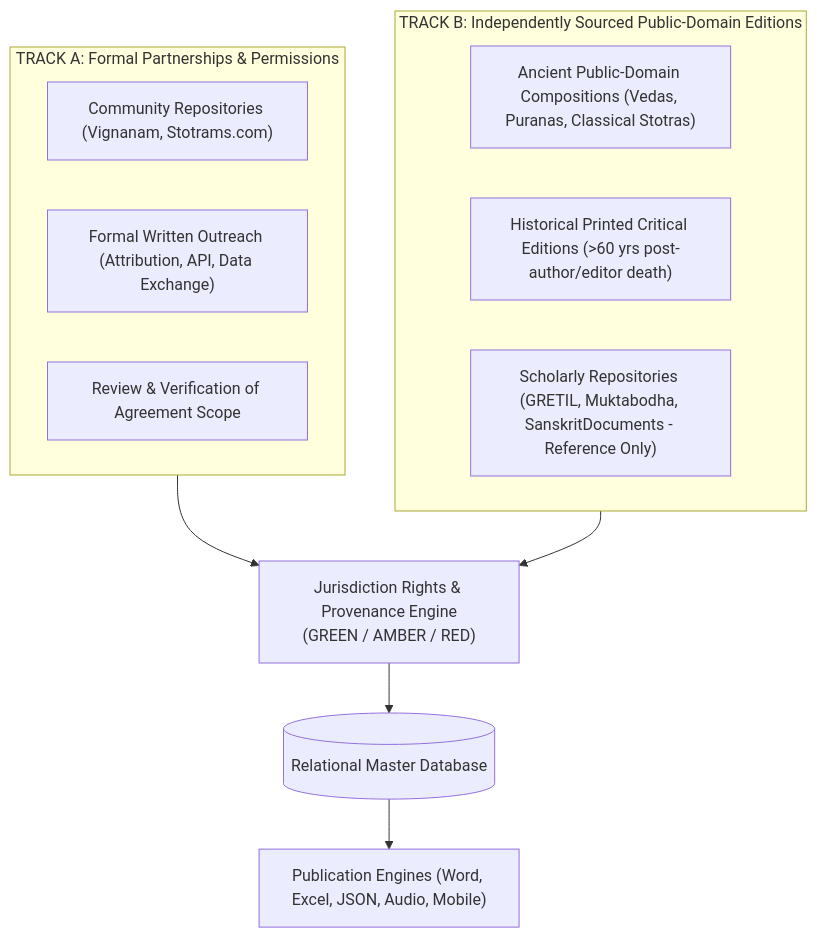
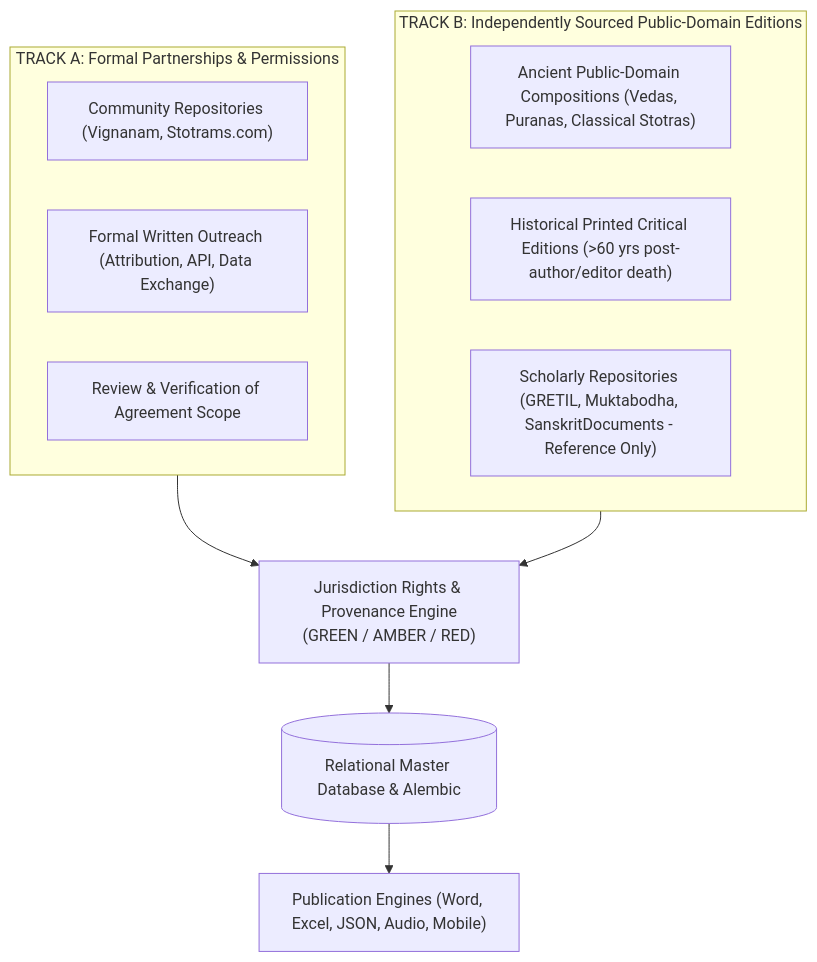
One commit to thegr8gv1/vedam changed the first of 2 diagrams in documentation/project_roadmap/MASTER_PLAN.md. Above: the diagram before and after it, drawn with Mermaid. The commit also changed other lines of this file and 23 other files, not shown here.

Commit message:
Complete Phase 3: Database maturity with Alembic & backups, 77-composition master devotional discovery catalog, 7-layer provenance register, QA engine with 12 lifecycle stages, multilingual/Tamil analysis, batch ingestion engine, and 45 automated tests

````diff
--- a/documentation/project_roadmap/MASTER_PLAN.md
+++ b/documentation/project_roadmap/MASTER_PLAN.md
@@ -37,17 +37,17 @@
 ```mermaid
 flowchart TD
     subgraph TrackA ["TRACK A: Formal Partnerships & Permissions"]
         A1["Community Repositories (Vignanam, Stotrams.com)"]
         A2["Formal Written Outreach (Attribution, API, Data Exchange)"]
         A3["Review & Verification of Agreement Scope"]
     end
     subgraph TrackB ["TRACK B: Independently Sourced Public-Domain Editions"]
         B1["Ancient Public-Domain Compositions (Vedas, Puranas, Classical Stotras)"]
         B2["Historical Printed Critical Editions (>60 yrs post-author/editor death)"]
         B3["Scholarly Repositories (GRETIL, Muktabodha, SanskritDocuments - Reference Only)"]
     end
     TrackA --> RightsEngine["Jurisdiction Rights & Provenance Engine<br>(GREEN / AMBER / RED)"]
     TrackB --> RightsEngine
-    RightsEngine --> DB[(Relational Master Database)]
+    RightsEngine --> DB[(Relational Master Database & Alembic)]
     DB --> Exporters["Publication Engines (Word, Excel, JSON, Audio, Mobile)"]
 ```
````
